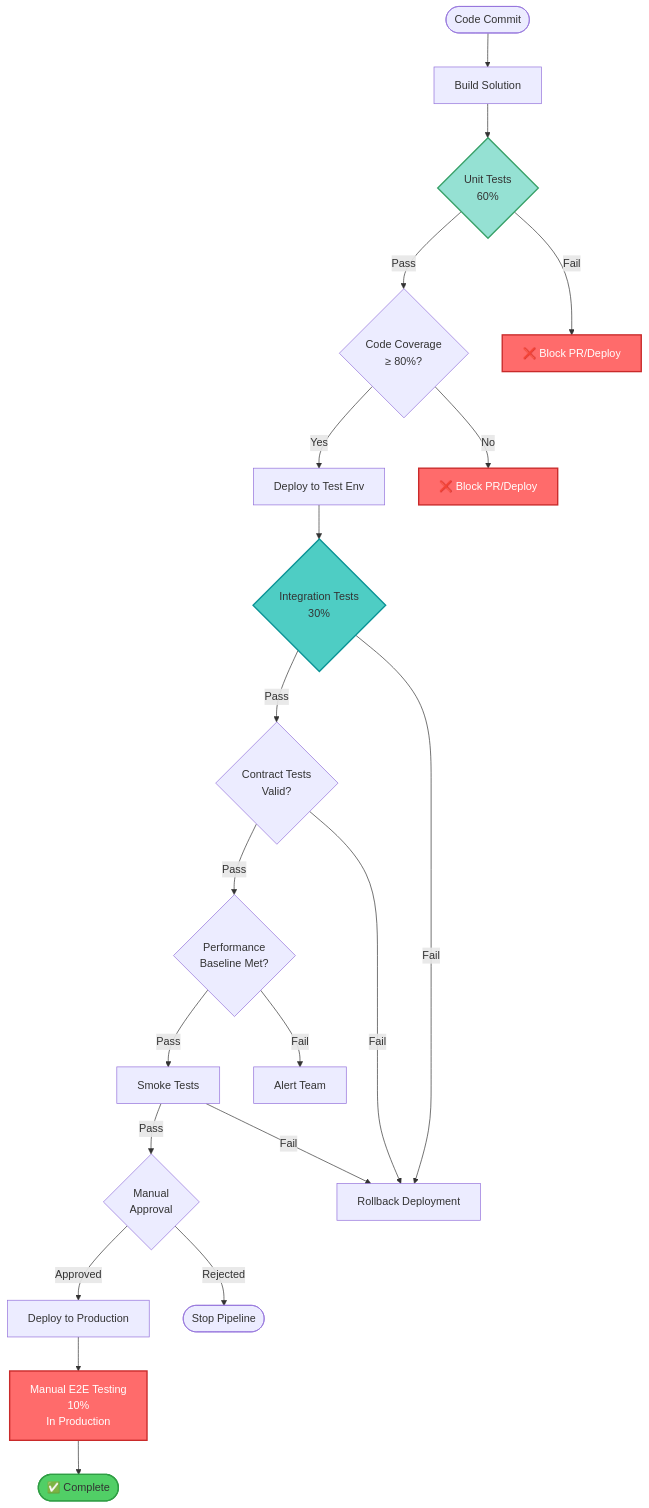
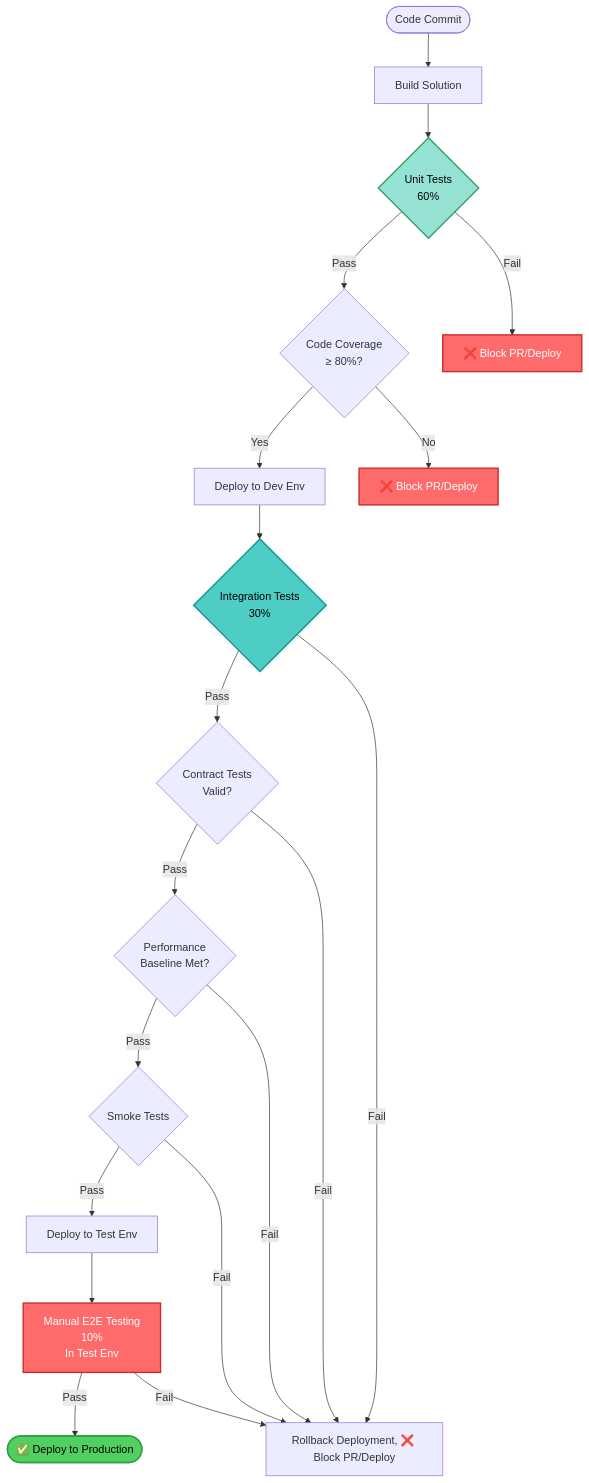
The third of 8 diagrams in AUTOMATION_TESTING_STANDARD.md (mojtaba-rezaei/testing-strategy), drawn with Mermaid before and after one commit. The commit also changed other lines of this file and 1 other file, not shown here.

````diff
--- a/AUTOMATION_TESTING_STANDARD.md
+++ b/AUTOMATION_TESTING_STANDARD.md
@@ -285,38 +241,37 @@
 ```mermaid
 flowchart TD
     START([Code Commit]) --> BUILD[Build Solution]
     BUILD --> UNIT{Unit Tests<br/>60%}
-    
+
     UNIT -->|Pass| COV{Code Coverage<br/>≥ 80%?}
     UNIT -->|Fail| FAIL1[❌ Block PR/Deploy]
-    
-    COV -->|Yes| DEPLOY[Deploy to Test Env]
+
+    COV -->|Yes| DEV[Deploy to Dev Env]
     COV -->|No| FAIL2[❌ Block PR/Deploy]
-    
-    DEPLOY --> INT{Integration Tests<br/>30%}
-    
+
+    DEV --> INT{Integration Tests<br/>30%}
+
     INT -->|Pass| CONTRACT{Contract Tests<br/>Valid?}
-    INT -->|Fail| ROLLBACK[Rollback Deployment]
-    
+    INT -->|Fail| ROLLBACK[Rollback Deployment, ❌ Block PR/Deploy]
+
     CONTRACT -->|Pass| PERF{Performance<br/>Baseline Met?}
     CONTRACT -->|Fail| ROLLBACK
-    
-    PERF -->|Pass| SMOKE[Smoke Tests]
-    PERF -->|Fail| ALERT[Alert Team]
-    
-    SMOKE -->|Pass| APPROVE{Manual<br/>Approval}
+
+    PERF -->|Pass| SMOKE{Smoke Tests}
+    PERF -->|Fail| ROLLBACK
+
+    SMOKE -->|Pass| TEST[Deploy to Test Env]
     SMOKE -->|Fail| ROLLBACK
-    
-    APPROVE -->|Approved| PROD[Deploy to Production]
-    APPROVE -->|Rejected| STOP([Stop Pipeline])
-    
-    PROD --> E2E[Manual E2E Testing<br/>10%<br/>In Production]
-    E2E --> SUCCESS([✅ Complete])
-    
-    style UNIT fill:#95e1d3,stroke:#38a169,stroke-width:2px
-    style INT fill:#4ecdc4,stroke:#0a9396,stroke-width:2px
+
+    TEST --> E2E[Manual E2E Testing<br/>10%<br/>In Test Env]
+
+    E2E -->|Pass| PROD([✅ Deploy to Production])
+    E2E -->|Fail| ROLLBACK
+
+    style UNIT fill:#95e1d3,stroke:#38a169,stroke-width:2px,color:#000
+    style INT fill:#4ecdc4,stroke:#0a9396,stroke-width:2px,color:#000
     style E2E fill:#ff6b6b,stroke:#c92a2a,stroke-width:2px,color:#fff
     style FAIL1 fill:#ff6b6b,stroke:#c92a2a,stroke-width:2px,color:#fff
     style FAIL2 fill:#ff6b6b,stroke:#c92a2a,stroke-width:2px,color:#fff
-    style SUCCESS fill:#51cf66,stroke:#2f9e44,stroke-width:2px
+    style PROD fill:#51cf60,stroke:#2f9e44,stroke-width:2px,color:#000
 ```
````
